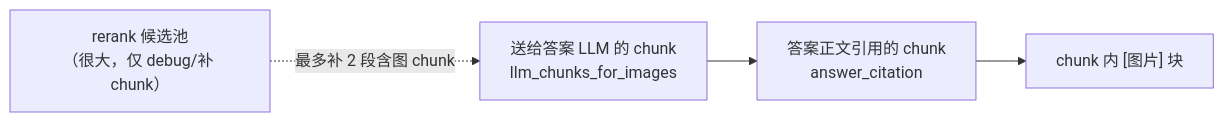
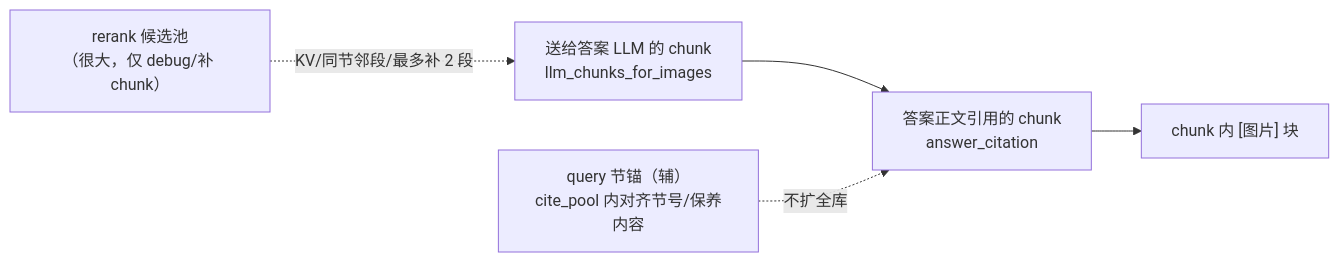
One commit to yiliangbetter/IndustrialRAG changed the second of 5 diagrams in docs/查询配图实现说明.md. Above: the diagram before and after it, drawn with Mermaid. The commit also changed other lines of this file and 9 other files, not shown here.

````diff
--- a/docs/查询配图实现说明.md
+++ b/docs/查询配图实现说明.md
@@ -53,10 +53,12 @@
 ```mermaid
 flowchart LR
     A["rerank 候选池<br/>（很大，仅 debug/补 chunk）"]
     B["送给答案 LLM 的 chunk<br/>llm_chunks_for_images"]
     C["答案正文引用的 chunk<br/>answer_citation"]
     D["chunk 内 [图片] 块"]
+    Q["query 节锚（辅）<br/>cite_pool 内对齐节号/保养内容"]
 
-    A -.->|"最多补 2 段含图 chunk"| B
+    A -.->|"KV/同节邻段/最多补 2 段"| B
     B --> C --> D
+    Q -.->|"不扩全库"| C
 ```
````
